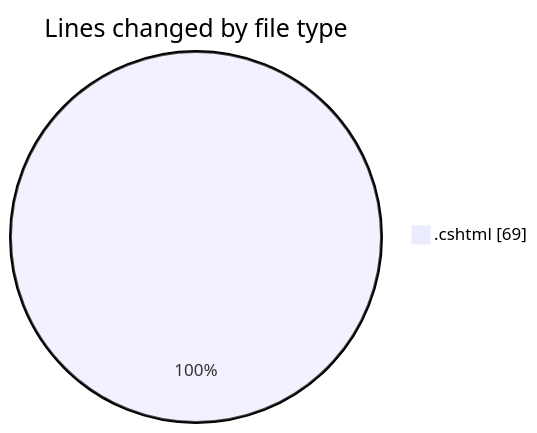
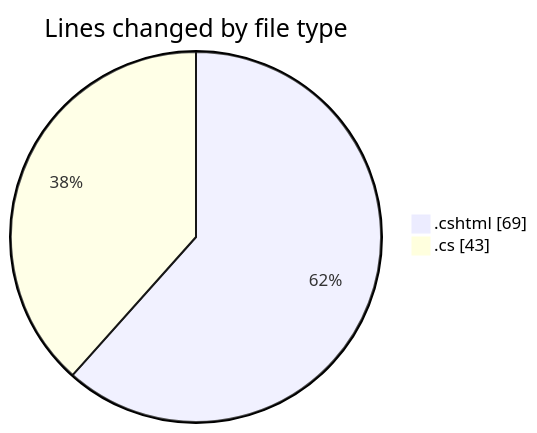
One commit to lephambinh05/code-tracking changed the first of 2 diagrams in 2025-07-18/nhahang/README.md. Above: the diagram before and after it, drawn with Mermaid. The commit also changed other lines of this file and 1 other file, not shown here.

````diff
--- a/2025-07-18/nhahang/README.md
+++ b/2025-07-18/nhahang/README.md
@@ -22,5 +25,6 @@
 ```mermaid
 pie showData
 title Lines changed by file type
 ".cshtml" : 69
+".cs" : 43
 ```
````
